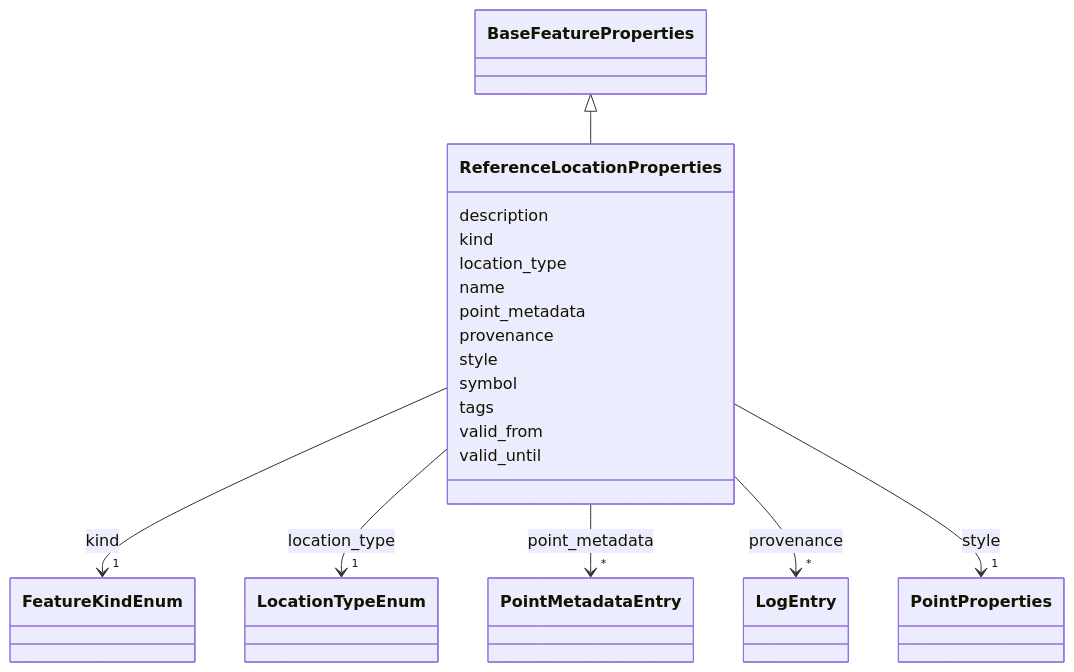
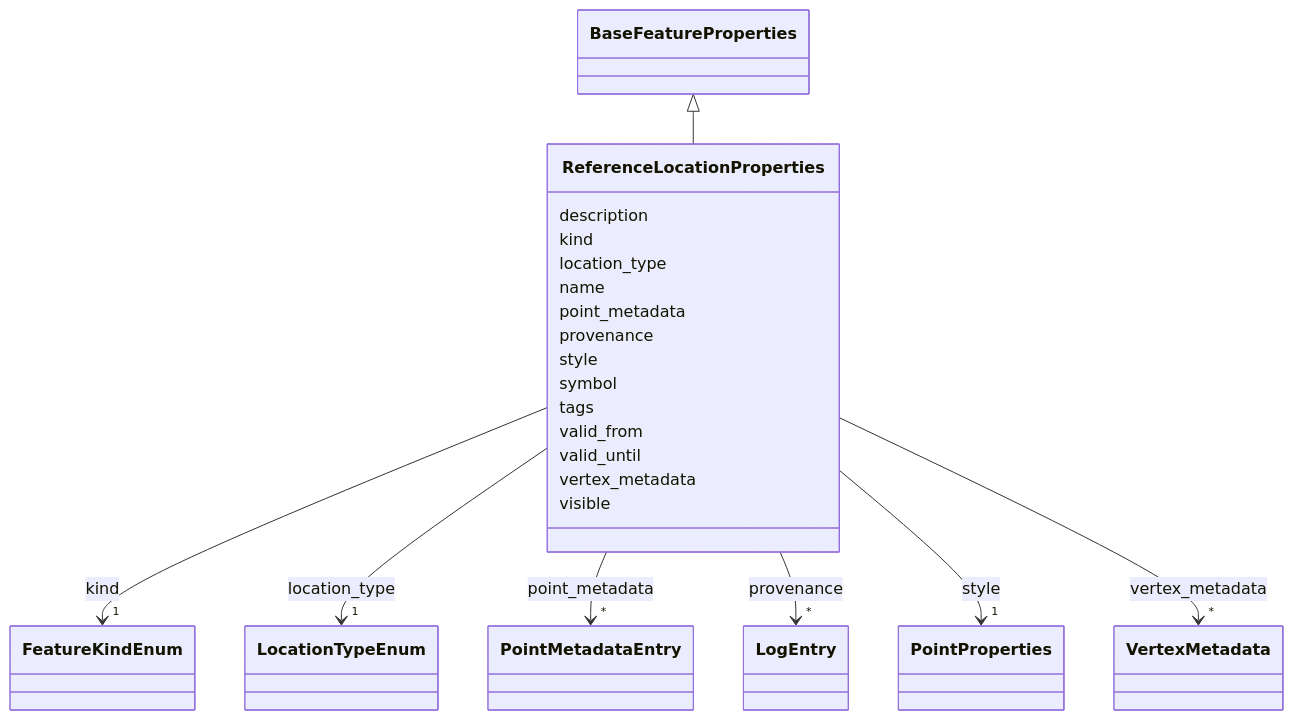
One commit to debrief/debrief-future changed the diagram in schema-docs-md/classes/ReferenceLocationProperties.md. Above: the diagram before and after it, drawn with Mermaid. The commit also changed other lines of this file and 238 other files, not shown here.

````diff
--- a/schema-docs-md/classes/ReferenceLocationProperties.md
+++ b/schema-docs-md/classes/ReferenceLocationProperties.md
@@ -90,5 +90,18 @@
         
       ReferenceLocationProperties : valid_until
         
+      ReferenceLocationProperties : vertex_metadata
+        
+          
+    
+        
+        
+        ReferenceLocationProperties --> "*" VertexMetadata : vertex_metadata
+        click VertexMetadata href "../../classes/VertexMetadata/"
+    
+
+        
+      ReferenceLocationProperties : visible
+        
       
 ```
````
